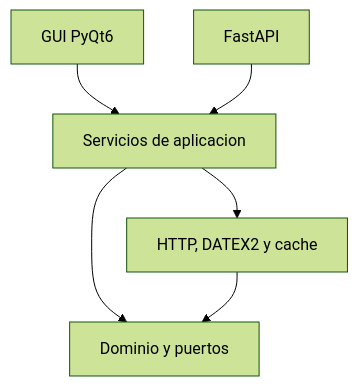
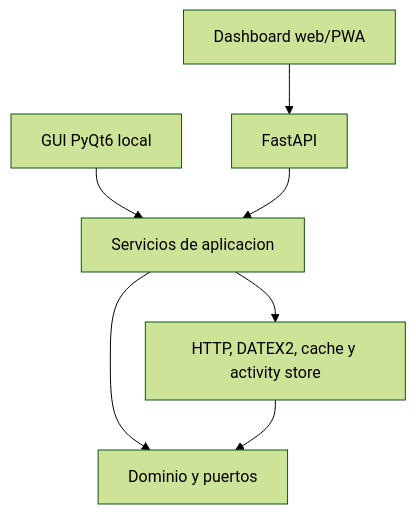
Before and after one commit to digestFiles12/DGT-Monitor: the diagram in docs/ARQUITECTURA.md, drawn with Mermaid (forest theme). The commit also changed other lines of this file and 15 other files, not shown here.

Commit message:
Update documentation for dashboard and GUI status

````diff
--- a/docs/ARQUITECTURA.md
+++ b/docs/ARQUITECTURA.md
@@ -3,8 +3,9 @@
 ```mermaid
 flowchart TD
-    GUI[GUI PyQt6] --> APP[Servicios de aplicacion]
-    API[FastAPI] --> APP
+    WEB[Dashboard web/PWA] --> API[FastAPI]
+    GUI[GUI PyQt6 local] --> APP[Servicios de aplicacion]
+    API --> APP
     APP --> CORE[Dominio y puertos]
-    INFRA[HTTP, DATEX2 y cache] --> CORE
+    INFRA[HTTP, DATEX2, cache y activity store] --> CORE
     APP --> INFRA
 ```
````
